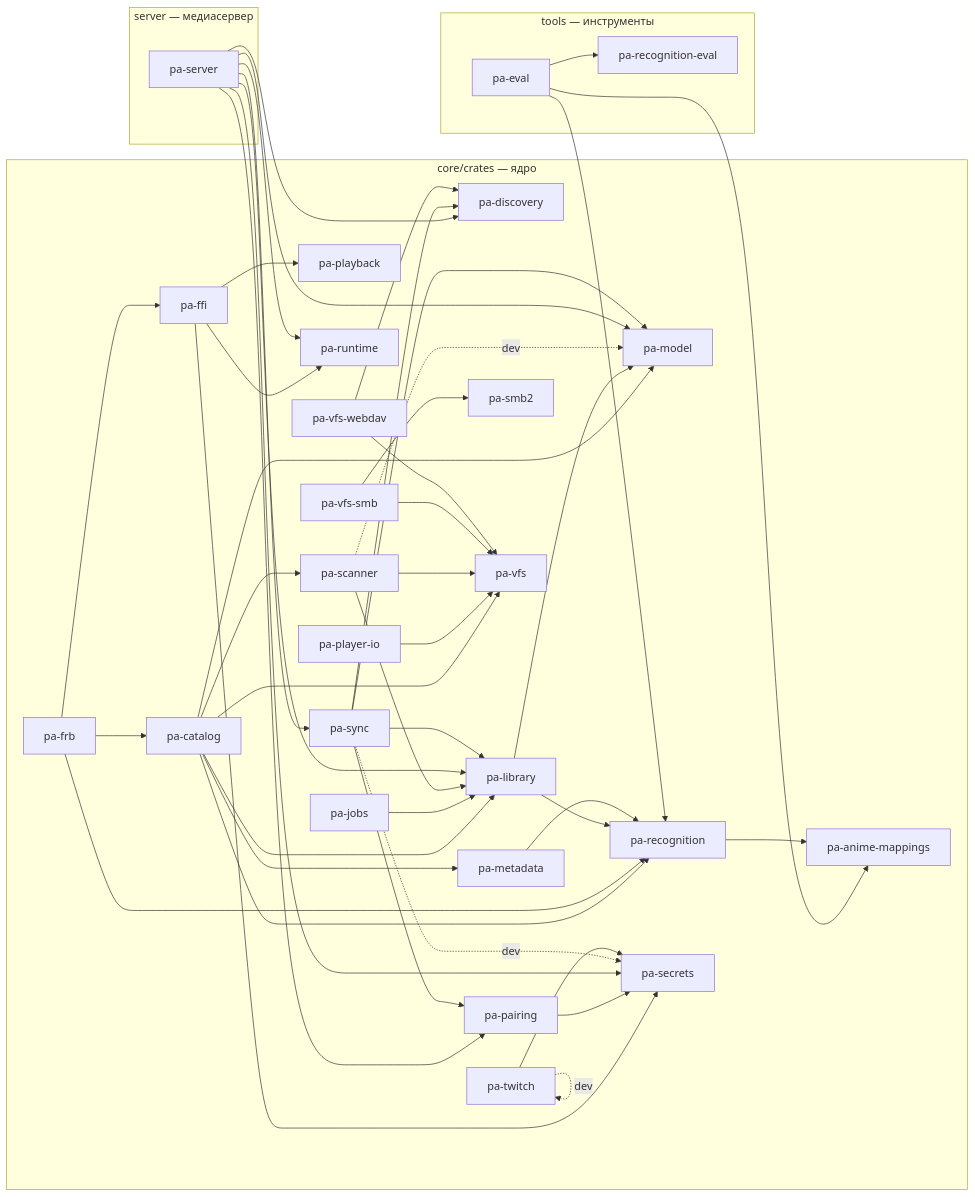
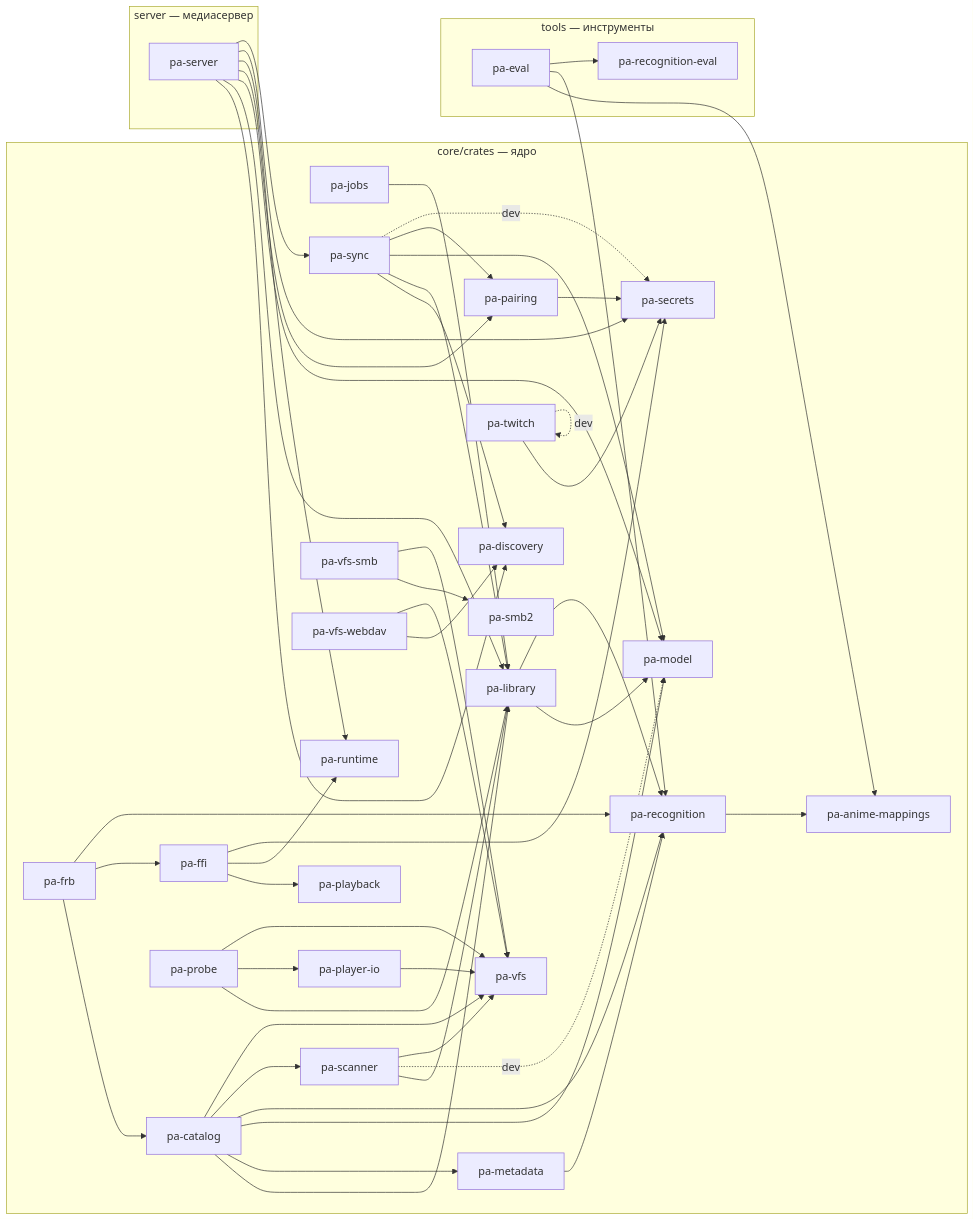
The diagram in docs/dev/crate-graph.md (DenisHumen/project_alpha), drawn with Mermaid before and after one commit. The commit also changed other lines of this file and 10 other files, not shown here.

````diff
--- a/docs/dev/crate-graph.md
+++ b/docs/dev/crate-graph.md
@@ -12,77 +12,81 @@
 ```mermaid
 flowchart LR
   subgraph g0["core/crates — ядро"]
     pa_anime_mappings["pa-anime-mappings"]
     pa_catalog["pa-catalog"]
     pa_discovery["pa-discovery"]
     pa_ffi["pa-ffi"]
     pa_frb["pa-frb"]
     pa_jobs["pa-jobs"]
     pa_library["pa-library"]
     pa_metadata["pa-metadata"]
     pa_model["pa-model"]
     pa_pairing["pa-pairing"]
     pa_playback["pa-playback"]
     pa_player_io["pa-player-io"]
+    pa_probe["pa-probe"]
     pa_recognition["pa-recognition"]
     pa_runtime["pa-runtime"]
     pa_scanner["pa-scanner"]
     pa_secrets["pa-secrets"]
     pa_smb2["pa-smb2"]
     pa_sync["pa-sync"]
     pa_twitch["pa-twitch"]
     pa_vfs["pa-vfs"]
     pa_vfs_smb["pa-vfs-smb"]
     pa_vfs_webdav["pa-vfs-webdav"]
   end
   subgraph g1["server — медиасервер"]
     pa_server["pa-server"]
   end
   subgraph g2["tools — инструменты"]
     pa_eval["pa-eval"]
     pa_recognition_eval["pa-recognition-eval"]
   end
   pa_catalog --> pa_library
   pa_catalog --> pa_metadata
   pa_catalog --> pa_model
   pa_catalog --> pa_recognition
   pa_catalog --> pa_scanner
   pa_catalog --> pa_vfs
   pa_eval --> pa_anime_mappings
   pa_eval --> pa_recognition
   pa_eval --> pa_recognition_eval
   pa_ffi --> pa_playback
   pa_ffi --> pa_runtime
   pa_ffi --> pa_secrets
   pa_frb --> pa_catalog
   pa_frb --> pa_ffi
   pa_frb --> pa_recognition
   pa_jobs --> pa_library
   pa_library --> pa_model
   pa_library --> pa_recognition
   pa_metadata --> pa_recognition
   pa_pairing --> pa_secrets
   pa_player_io --> pa_vfs
+  pa_probe --> pa_library
+  pa_probe --> pa_player_io
+  pa_probe --> pa_vfs
   pa_recognition --> pa_anime_mappings
   pa_scanner --> pa_library
   pa_scanner -. dev .-> pa_model
   pa_scanner --> pa_vfs
   pa_server --> pa_discovery
   pa_server --> pa_library
   pa_server --> pa_model
   pa_server --> pa_pairing
   pa_server --> pa_runtime
   pa_server --> pa_secrets
   pa_server --> pa_sync
   pa_sync --> pa_discovery
   pa_sync --> pa_library
   pa_sync --> pa_model
   pa_sync --> pa_pairing
   pa_sync -. dev .-> pa_secrets
   pa_twitch --> pa_secrets
   pa_twitch -. dev .-> pa_twitch
   pa_vfs_smb --> pa_smb2
   pa_vfs_smb --> pa_vfs
   pa_vfs_webdav --> pa_discovery
   pa_vfs_webdav --> pa_vfs
 ```
````
